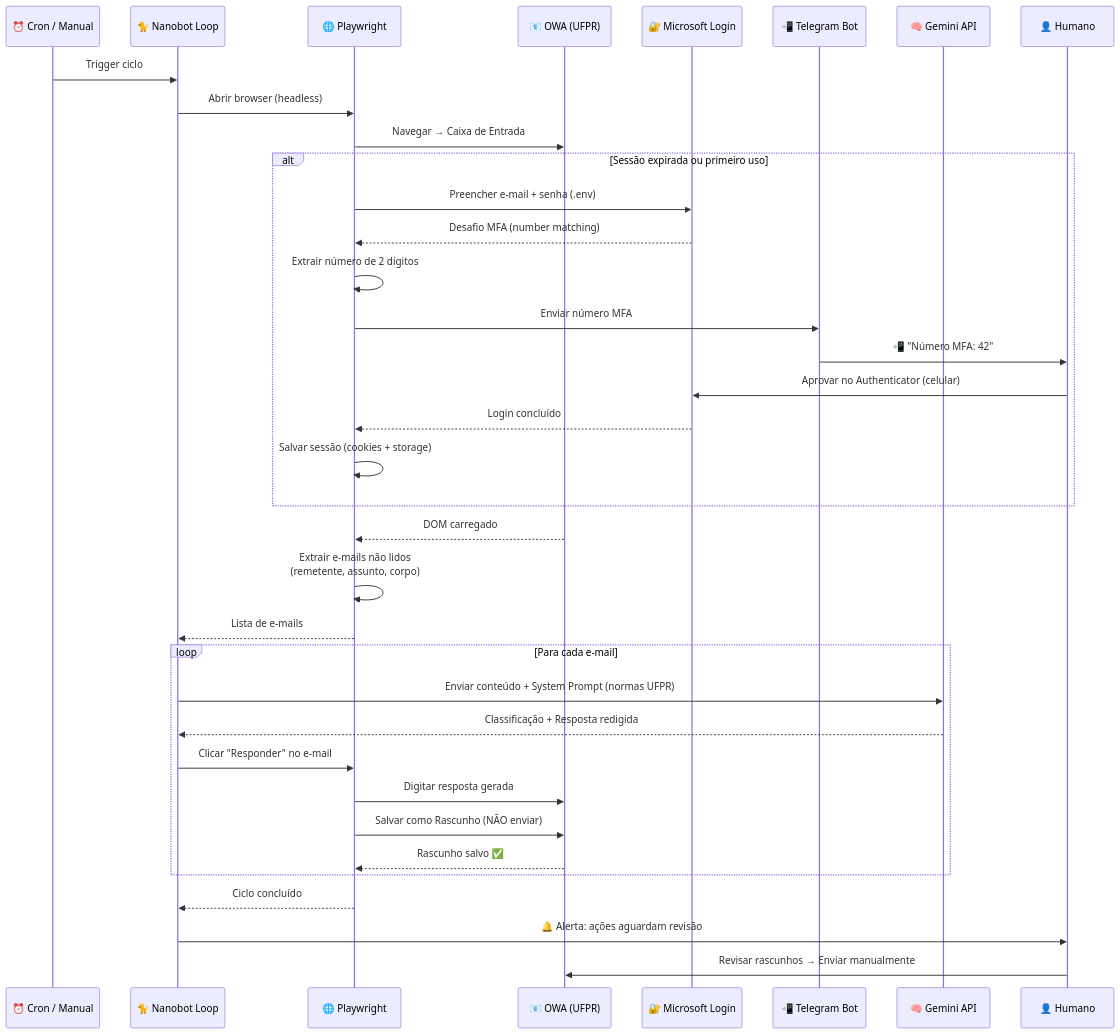
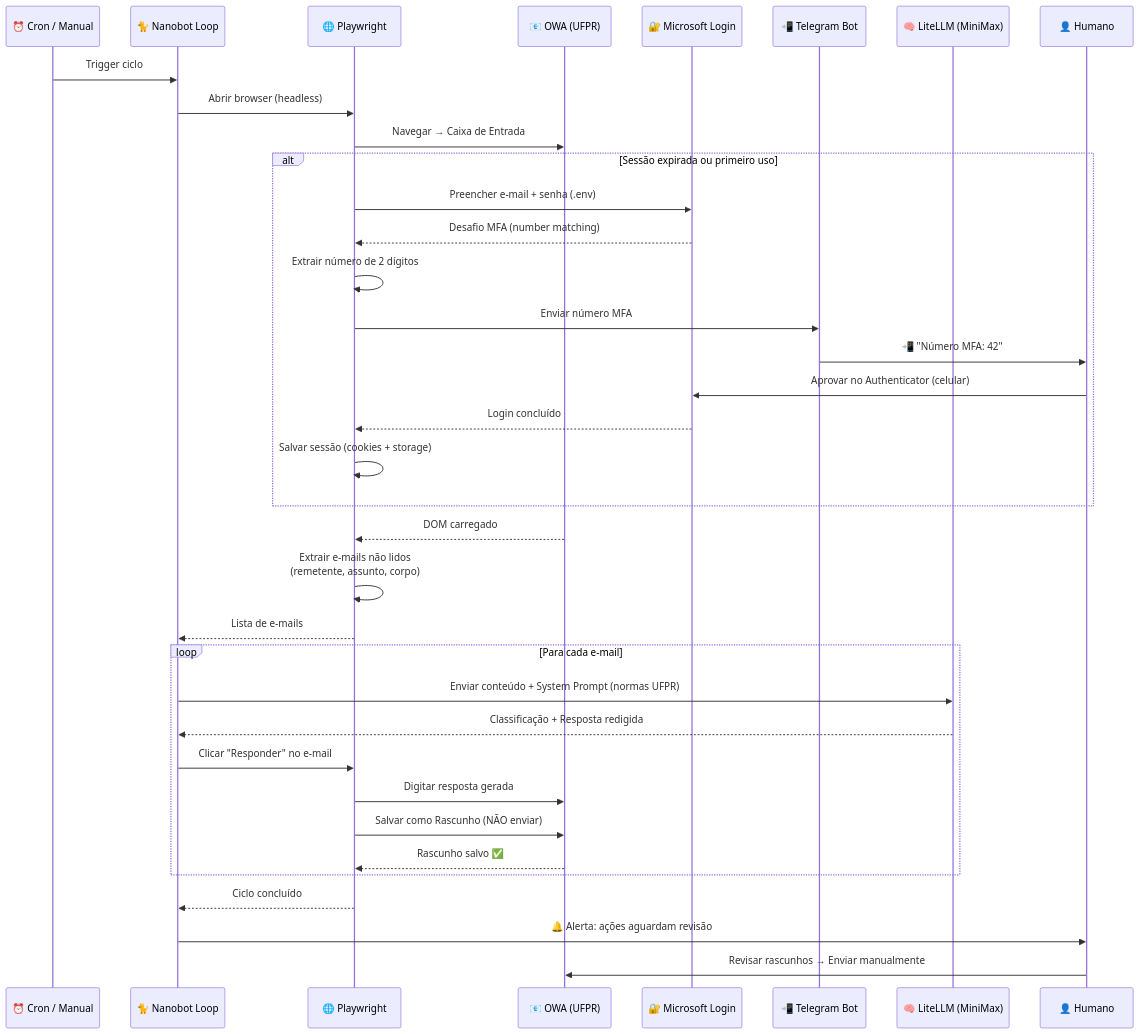
The second of 2 diagrams in ufpr_automation/ARCHITECTURE.md (lucasmsorrentino/automation_nanobot), drawn with Mermaid before and after one commit. The commit also changed other lines of this file and 6 other files, not shown here.

First line of the commit message:
fix(ufpr): unread detection + session reuse; plan LiteLLM+MiniMax migration

````diff
--- a/ufpr_automation/ARCHITECTURE.md
+++ b/ufpr_automation/ARCHITECTURE.md
@@ -137,43 +137,43 @@
 ```mermaid
 sequenceDiagram
     participant C as ⏰ Cron / Manual
     participant N as 🐈 Nanobot Loop
     participant P as 🌐 Playwright
     participant O as 📧 OWA (UFPR)
     participant M as 🔐 Microsoft Login
     participant T as 📲 Telegram Bot
-    participant G as 🧠 Gemini API
+    participant G as 🧠 LiteLLM (MiniMax)
     participant H as 👤 Humano
 
     C->>N: Trigger ciclo
     N->>P: Abrir browser (headless)
     P->>O: Navegar → Caixa de Entrada
 
     alt Sessão expirada ou primeiro uso
         P->>M: Preencher e-mail + senha (.env)
         M-->>P: Desafio MFA (number matching)
         P->>P: Extrair número de 2 dígitos
         P->>T: Enviar número MFA
         T->>H: 📲 "Número MFA: 42"
         H->>M: Aprovar no Authenticator (celular)
         M-->>P: Login concluído
         P->>P: Salvar sessão (cookies + storage)
     end
 
     O-->>P: DOM carregado
     P->>P: Extrair e-mails não lidos<br/>(remetente, assunto, corpo)
     P-->>N: Lista de e-mails
 
     loop Para cada e-mail
         N->>G: Enviar conteúdo + System Prompt (normas UFPR)
         G-->>N: Classificação + Resposta redigida
         N->>P: Clicar "Responder" no e-mail
         P->>O: Digitar resposta gerada
         P->>O: Salvar como Rascunho (NÃO enviar)
         O-->>P: Rascunho salvo ✅
     end
 
     P-->>N: Ciclo concluído
     N->>H: 🔔 Alerta: ações aguardam revisão
     H->>O: Revisar rascunhos → Enviar manualmente
 ```
````
